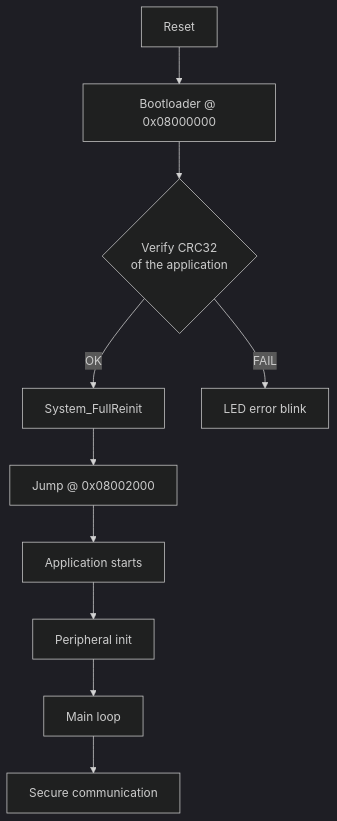
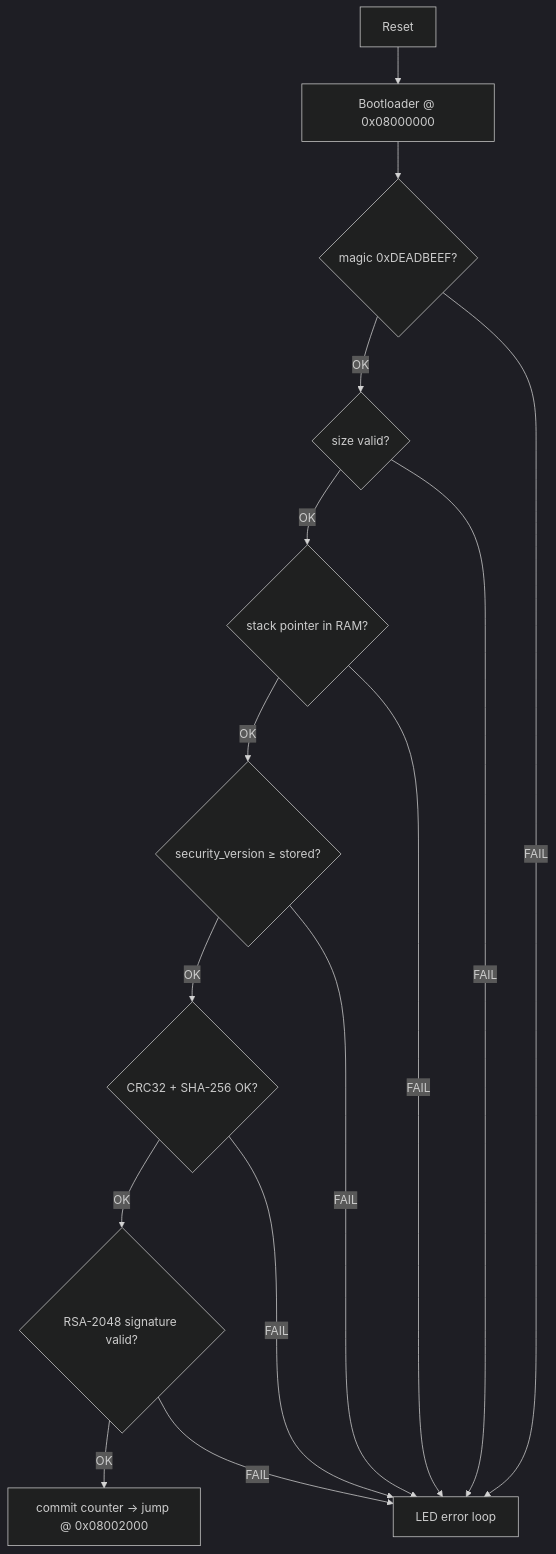
Before and after one commit to BechirYengui/stm32-control-suite: the diagram in firmware/README.md, drawn with Mermaid (dark theme). The commit also changed other lines of this file and 36 other files, not shown here.

First line of the commit message:
Vendor real RSA-2048 secure-boot firmware and align docs with code

````diff
--- a/firmware/README.md
+++ b/firmware/README.md
@@ -69,12 +103,17 @@
 ```mermaid
 graph TD
     A[Reset] --> B[Bootloader @ 0x08000000]
-    B --> C{Verify CRC32<br/>of the application}
-    C -->|OK| D[System_FullReinit]
-    C -->|FAIL| E[LED error blink]
-    D --> F[Jump @ 0x08002000]
-    F --> G[Application starts]
-    G --> H[Peripheral init]
-    H --> I[Main loop]
-    I --> J[Secure communication]
+    B --> M{magic 0xDEADBEEF?}
+    M -->|OK| SZ{size valid?}
+    SZ -->|OK| SP{stack pointer in RAM?}
+    SP -->|OK| AR{security_version ≥ stored?}
+    AR -->|OK| CS{CRC32 + SHA-256 OK?}
+    CS -->|OK| SIG{RSA-2048 signature valid?}
+    SIG -->|OK| J[commit counter → jump @ 0x08002000]
+    M -->|FAIL| E[LED error loop]
+    SZ -->|FAIL| E
+    SP -->|FAIL| E
+    AR -->|FAIL| E
+    CS -->|FAIL| E
+    SIG -->|FAIL| E
 ```
````
